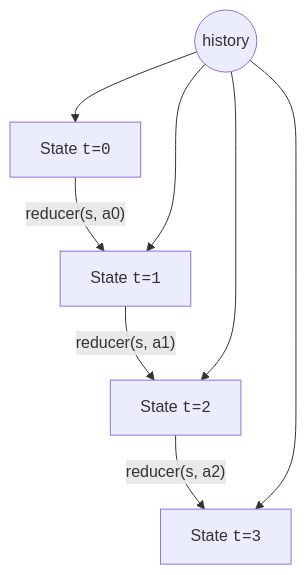
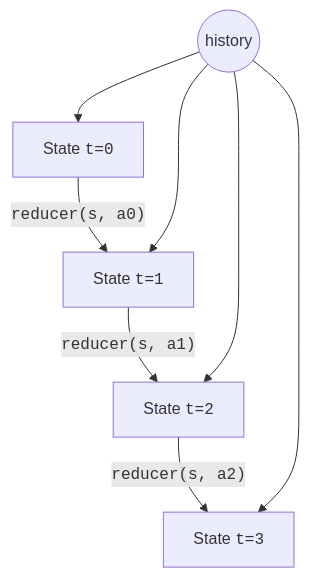
One commit to dataslope/dataslope changed the diagram in content/courses/functional-programming-typescript/functional-state-management.mdx. Above: the diagram before and after it, drawn with Mermaid. The commit also changed 65 other files, not shown here.

First line of the commit message:
Set code in every mermaid label in the mono face

````diff
--- a/content/courses/functional-programming-typescript/functional-state-management.mdx
+++ b/content/courses/functional-programming-typescript/functional-state-management.mdx
@@ -312,7 +312,7 @@
 ```mermaid
 flowchart TD
-    S0["State <code>t=0</code>"] -- "reducer(s, a0)" --> S1["State <code>t=1</code>"]
-    S1 -- "reducer(s, a1)" --> S2["State <code>t=2</code>"]
-    S2 -- "reducer(s, a2)" --> S3["State <code>t=3</code>"]
+    S0["State <code>t=0</code>"] -- "<code>reducer(s, a0)</code>" --> S1["State <code>t=1</code>"]
+    S1 -- "<code>reducer(s, a1)</code>" --> S2["State <code>t=2</code>"]
+    S2 -- "<code>reducer(s, a2)</code>" --> S3["State <code>t=3</code>"]
     H((history)) --> S0 & S1 & S2 & S3
 ```
````
